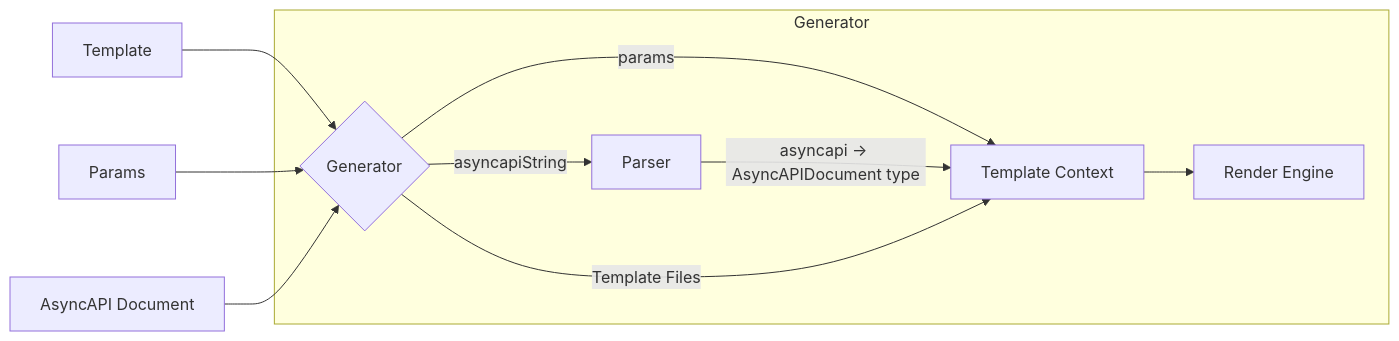
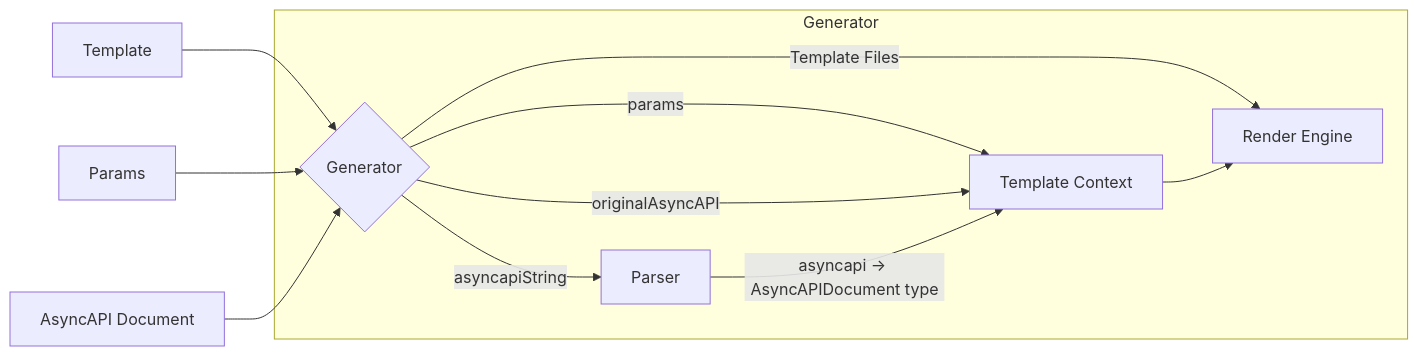
Before and after one commit to asyncapi/generator: the diagram in docs/template-context.md, drawn with Mermaid.

Commit message:
add minor fixes to the mermaid diagram

````diff
--- a/docs/template-context.md
+++ b/docs/template-context.md
@@ -17,17 +17,18 @@
 ``` mermaid
 graph LR
     A[Template Context]
     B{Generator}
     C[Parser]
     D[Render Engine]
     E[Template] --> B
     F[Params] --> B
     G[AsyncAPI Document] --> B
   subgraph Generator
     B -->| params | A
     B--> | asyncapiString| C
+    B -->| originalAsyncAPI | A
     C --> | asyncapi -> AsyncAPIDocument type | A
-    B--> | Template Files | A
+    B--> | Template Files | D
     A --> D
   end
 ```
````
